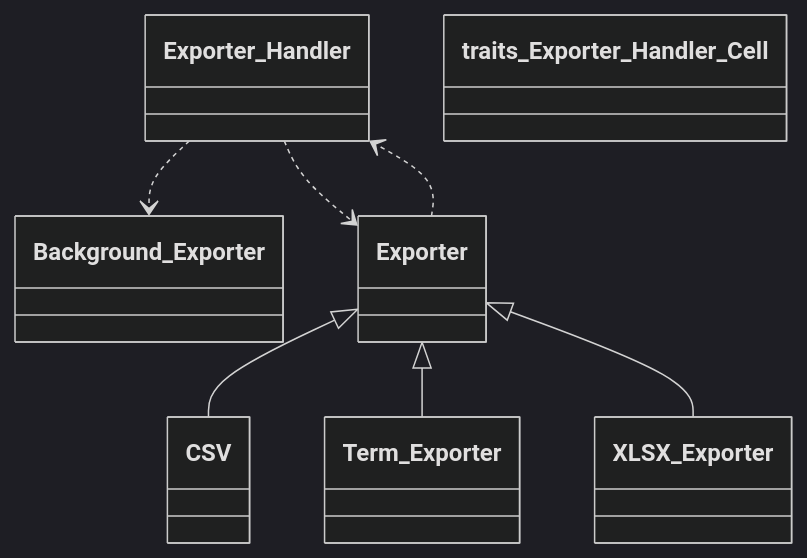
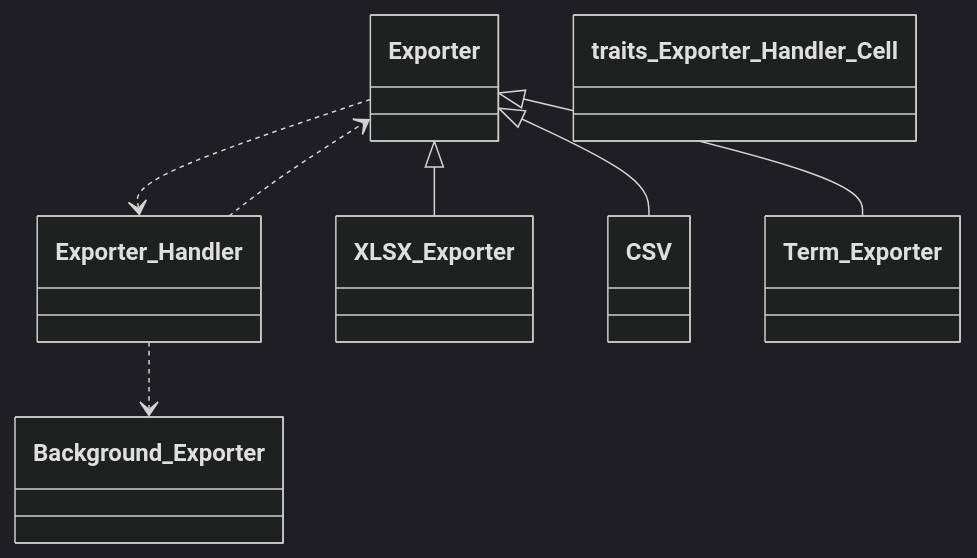
The diagram in docs/diagrams/tainacan-namespace-Tainacan-Exporter.mmd (tainacan/tainacan), drawn with Mermaid (dark theme) before and after one commit. The commit also changed other lines of this file and 112 other files, not shown here.

```diff
--- a/docs/diagrams/tainacan-namespace-Tainacan-Exporter.mmd
+++ b/docs/diagrams/tainacan-namespace-Tainacan-Exporter.mmd
@@ -1,15 +1,15 @@
 classDiagram
     direction TB
+    class Exporter { }
     class Background_Exporter { }
+    class Exporter_Handler { }
+    class XLSX_Exporter { }
     class CSV { }
-    class XLSX_Exporter { }
     class Term_Exporter { }
-    class Exporter_Handler { }
-    class Exporter { }
     class traits_Exporter_Handler_Cell { }
     Exporter ..> Exporter_Handler
     Exporter <|-- CSV
     Exporter <|-- Term_Exporter
     Exporter <|-- XLSX_Exporter
     Exporter_Handler ..> Background_Exporter
     Exporter_Handler ..> Exporter
```
